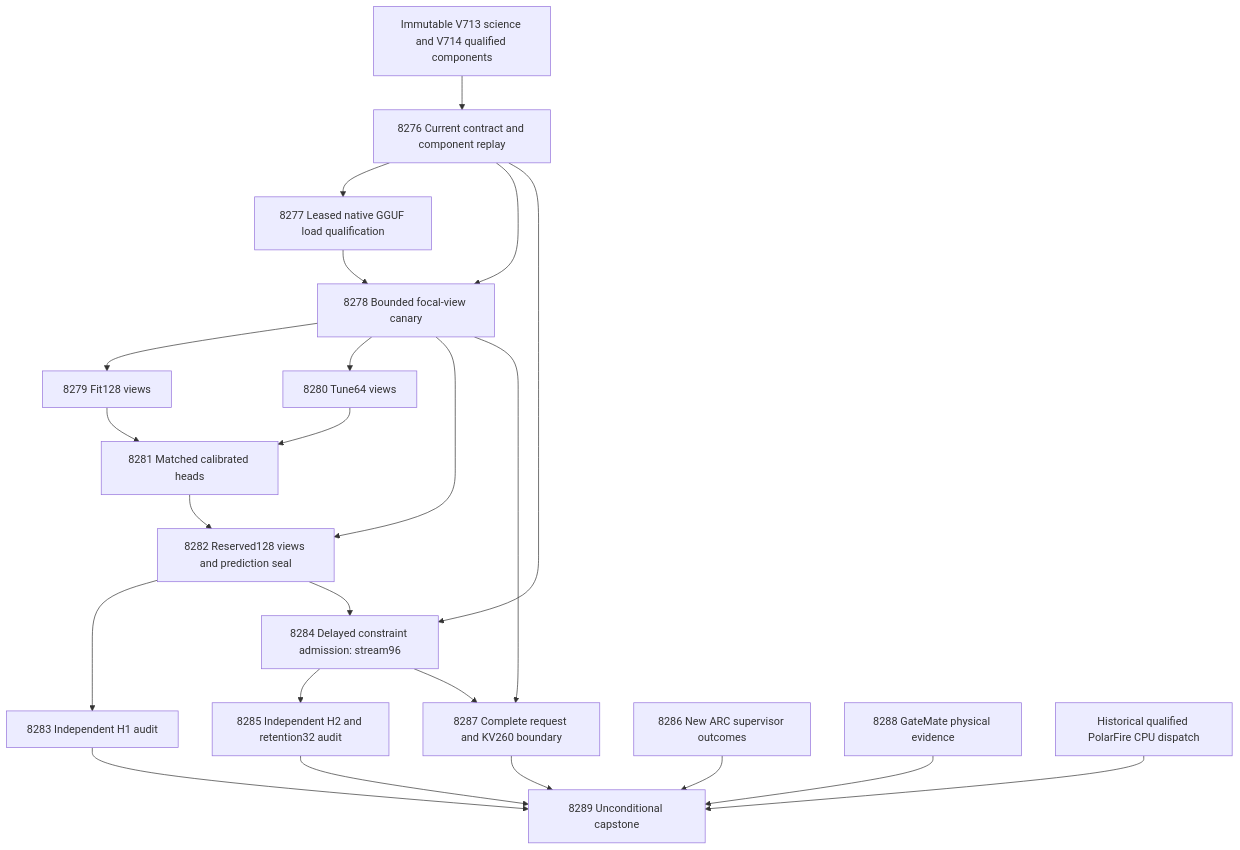
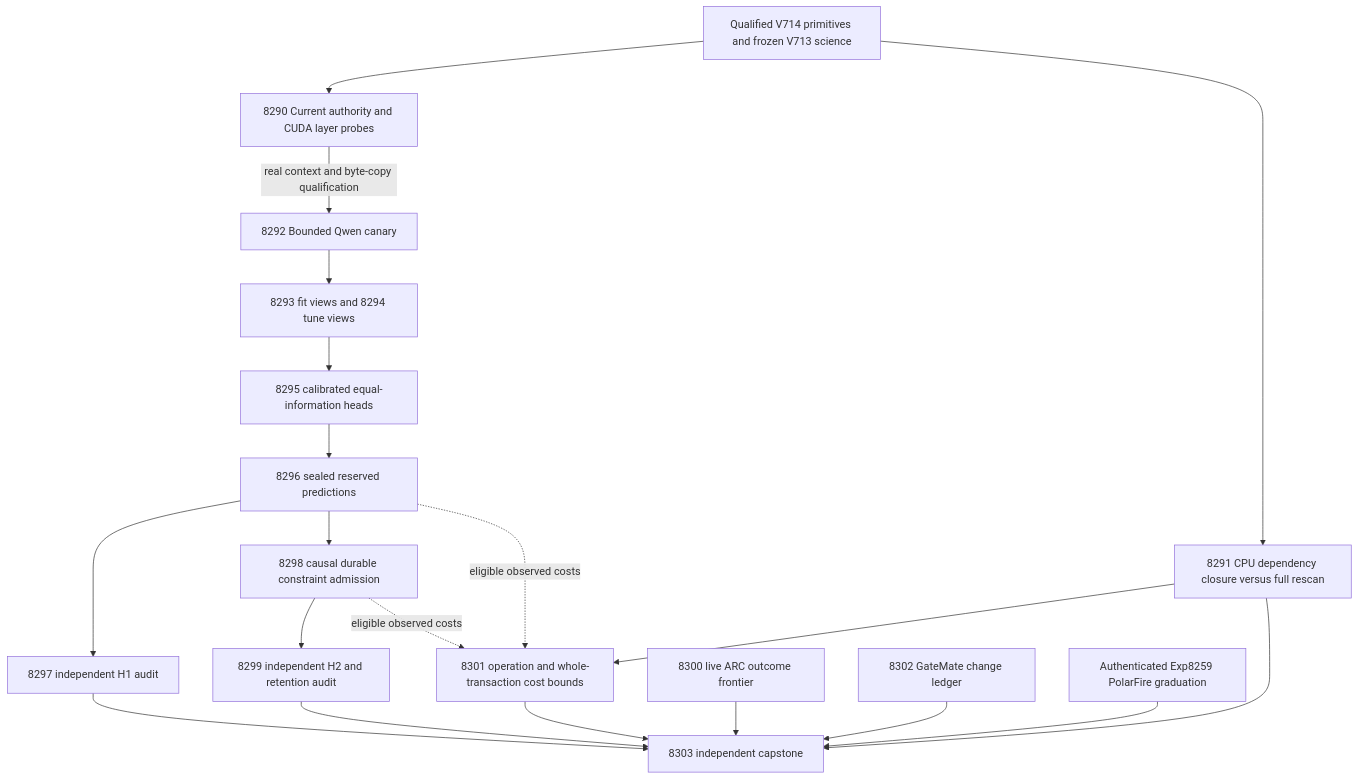
Before and after one commit to Carnot-EBM/carnot-ebm: the first of 2 diagrams in openspec/change-proposals/research-roadmap-vNEXT.md, drawn with Mermaid. The commit also changed other lines of this file and 18 other files, not shown here.

````diff
--- a/openspec/change-proposals/research-roadmap-vNEXT.md
+++ b/openspec/change-proposals/research-roadmap-vNEXT.md
@@ -106,25 +98,22 @@
 ```mermaid
 flowchart TD
-  H[Immutable V713 science and V714 qualified components] --> A[8276 Current contract and component replay]
-  A --> B[8277 Leased native GGUF load qualification]
-  A --> C[8278 Bounded focal-view canary]
-  B --> C
-  C --> F[8279 Fit128 views]
-  C --> T[8280 Tune64 views]
-  F --> E[8281 Matched calibrated heads]
-  T --> E
-  E --> R[8282 Reserved128 views and prediction seal]
-  C --> R
-  R --> V[8283 Independent H1 audit]
-  R --> L[8284 Delayed constraint admission: stream96]
-  A --> L
-  L --> Q[8285 Independent H2 and retention32 audit]
-  C --> K[8287 Complete request and KV260 boundary]
-  L --> K
-  V --> Z[8289 Unconditional capstone]
-  Q --> Z
-  K --> Z
-  X[8286 New ARC supervisor outcomes] --> Z
-  G[8288 GateMate physical evidence] --> Z
-  P[Historical qualified PolarFire CPU dispatch] --> Z
+    A[Qualified V714 primitives and frozen V713 science] --> B[8290 Current authority and CUDA layer probes]
+    B -->|real context and byte-copy qualification| C[8292 Bounded Qwen canary]
+    C --> D[8293 fit views and 8294 tune views]
+    D --> E[8295 calibrated equal-information heads]
+    E --> F[8296 sealed reserved predictions]
+    F --> G[8297 independent H1 audit]
+    F --> H[8298 causal durable constraint admission]
+    H --> I[8299 independent H2 and retention audit]
+    A --> J[8291 CPU dependency closure versus full rescan]
+    J --> K[8301 operation and whole-transaction cost bounds]
+    F -. eligible observed costs .-> K
+    H -. eligible observed costs .-> K
+    L[8300 live ARC outcome frontier] --> N[8303 independent capstone]
+    M[8302 GateMate change ledger] --> N
+    G --> N
+    I --> N
+    J --> N
+    K --> N
+    P[Authenticated Exp8259 PolarFire graduation] --> N
 ```
````
